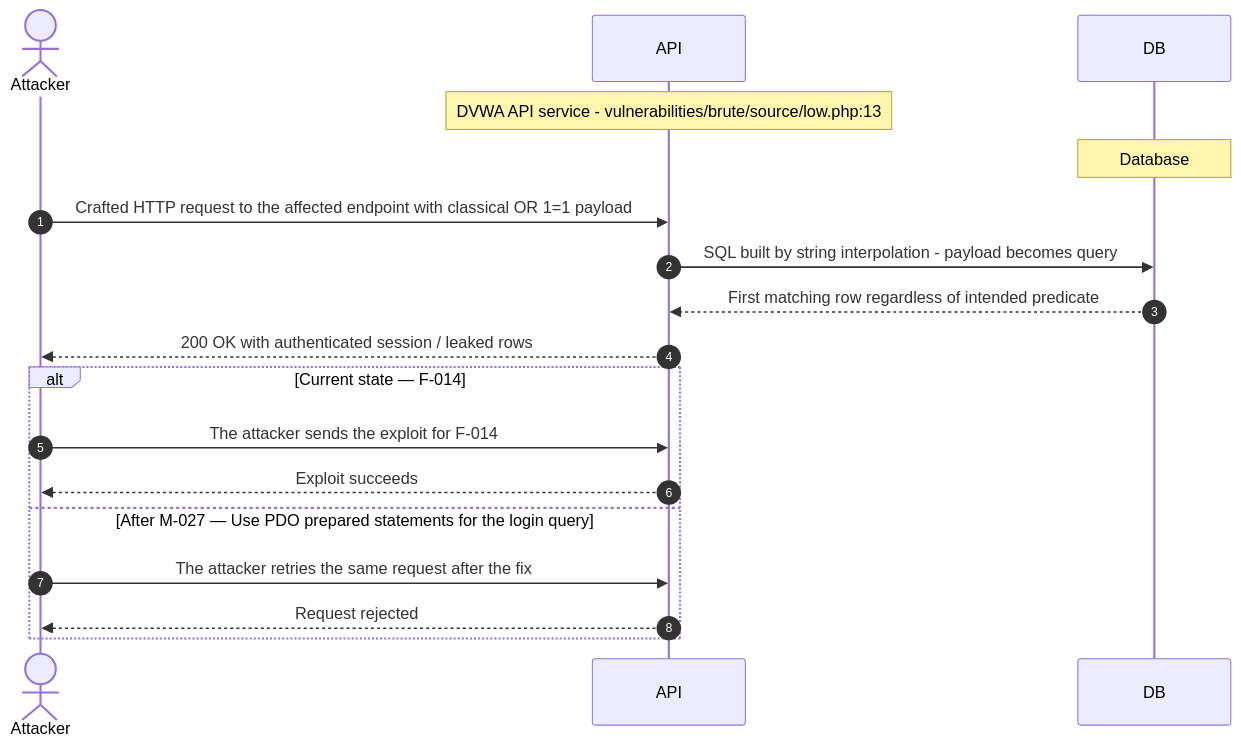
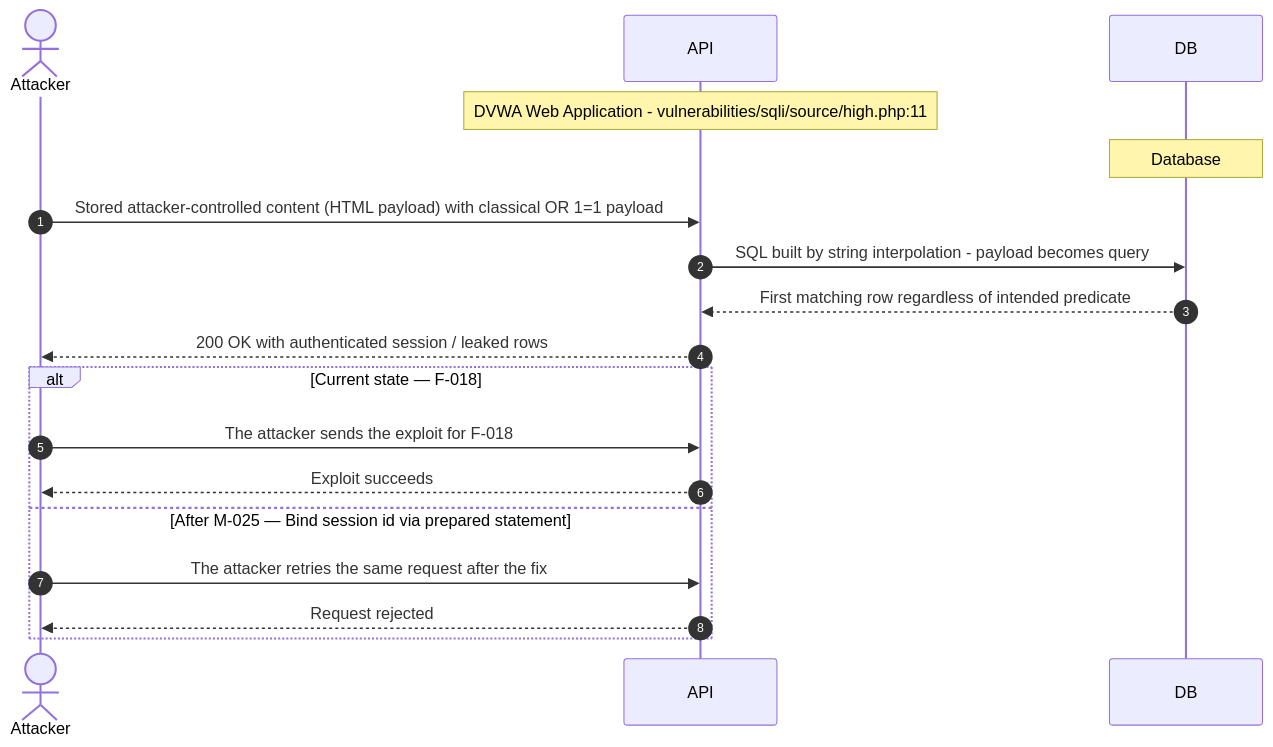
One commit to appsec-foundry/appsec-analyzer-examples changed the eighth of 15 diagrams in dvwa/security-assessment-dvwa-thorough-0.1.0.md. Above: the diagram before and after it, drawn with Mermaid. The commit also changed other lines of this file and 7 other files, not shown here.

````diff
--- a/dvwa/security-assessment-dvwa-thorough-0.1.0.md
+++ b/dvwa/security-assessment-dvwa-thorough-0.1.0.md
@@ -519,20 +569,20 @@
 ```mermaid
 sequenceDiagram
     autonumber
     actor Attacker
     participant API
     participant DB
-    Note over API: DVWA API service - vulnerabilities/brute/source/low.php:13
+    Note over API: DVWA Web Application - vulnerabilities/sqli/source/high.php:11
     Note over DB: Database
-    Attacker->>API: Crafted HTTP request to the affected endpoint with classical OR 1=1 payload
+    Attacker->>API: Stored attacker-controlled content (HTML payload) with classical OR 1=1 payload
     API->>DB: SQL built by string interpolation - payload becomes query
     DB-->>API: First matching row regardless of intended predicate
     API-->>Attacker: 200 OK with authenticated session / leaked rows
-    alt Current state — F-014
-        Attacker->>API: The attacker sends the exploit for F-014
+    alt Current state — F-018
+        Attacker->>API: The attacker sends the exploit for F-018
         API-->>Attacker: Exploit succeeds
-    else After M-027 — Use PDO prepared statements for the login query
+    else After M-025 — Bind session id via prepared statement
         Attacker->>API: The attacker retries the same request after the fix
         API-->>Attacker: Request rejected
     end
 ```
````
